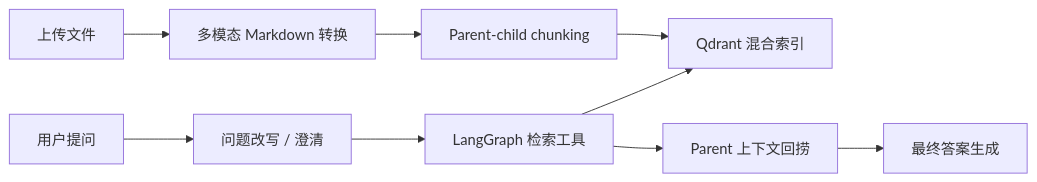
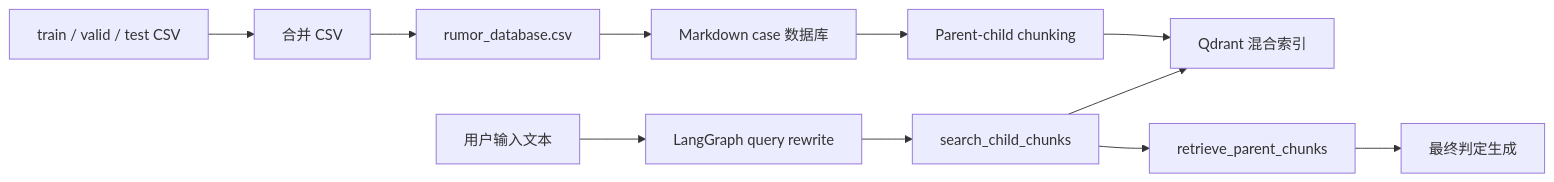
The diagram in README.zh-CN.md (GuMiShDo666/multimodal-agentic-rag), drawn with Mermaid before and after one commit. The commit also changed other lines of this file and 21 other files, not shown here.

````diff
--- a/README.zh-CN.md
+++ b/README.zh-CN.md
@@ -56,11 +68,13 @@
 ```mermaid
 flowchart LR
-    A["上传文件"] --> B["多模态 Markdown 转换"]
-    B --> C["Parent-child chunking"]
-    C --> D["Qdrant 混合索引"]
-    E["用户提问"] --> F["问题改写 / 澄清"]
-    F --> G["LangGraph 检索工具"]
-    G --> D
-    G --> H["Parent 上下文回捞"]
-    H --> I["最终答案生成"]
+    A["train / valid / test CSV"] --> B["合并 CSV"]
+    B --> C["rumor_database.csv"]
+    C --> D["Markdown case 数据库"]
+    D --> E["Parent-child chunking"]
+    E --> F["Qdrant 混合索引"]
+    G["用户输入文本"] --> H["LangGraph query rewrite"]
+    H --> I["search_child_chunks"]
+    I --> F
+    I --> J["retrieve_parent_chunks"]
+    J --> K["最终判定生成"]
 ```
````
